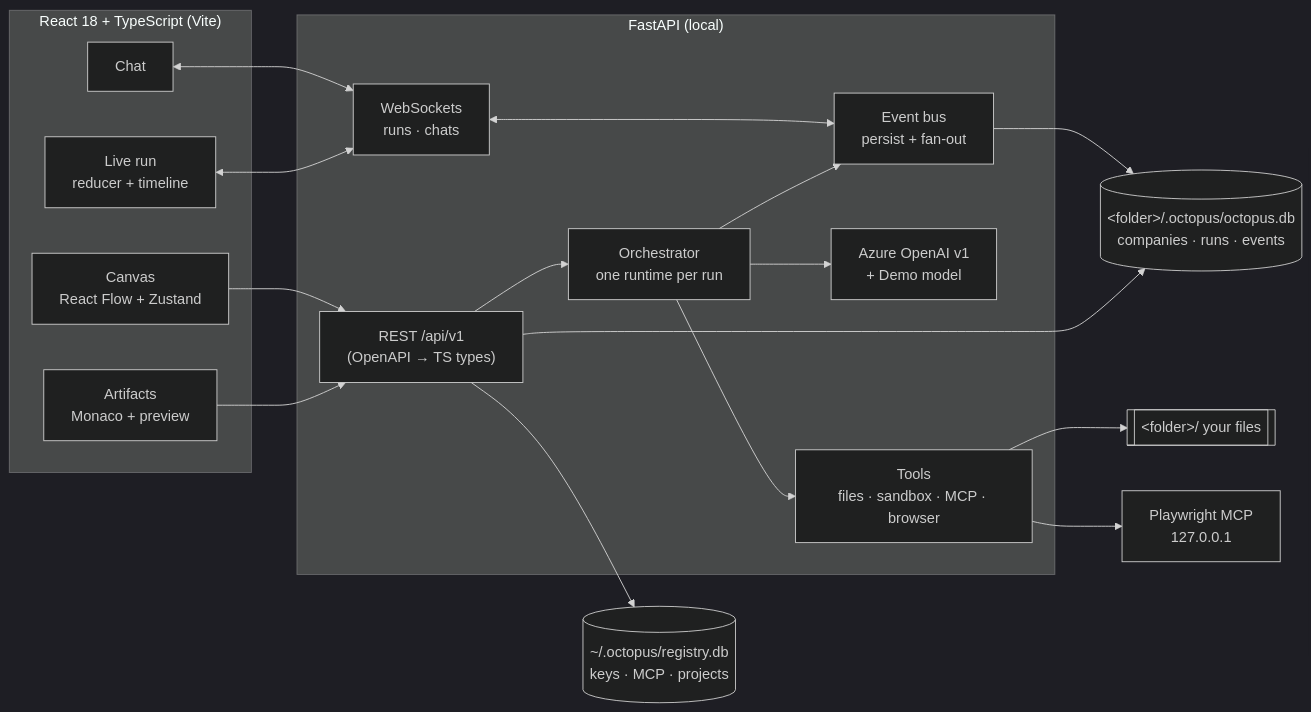
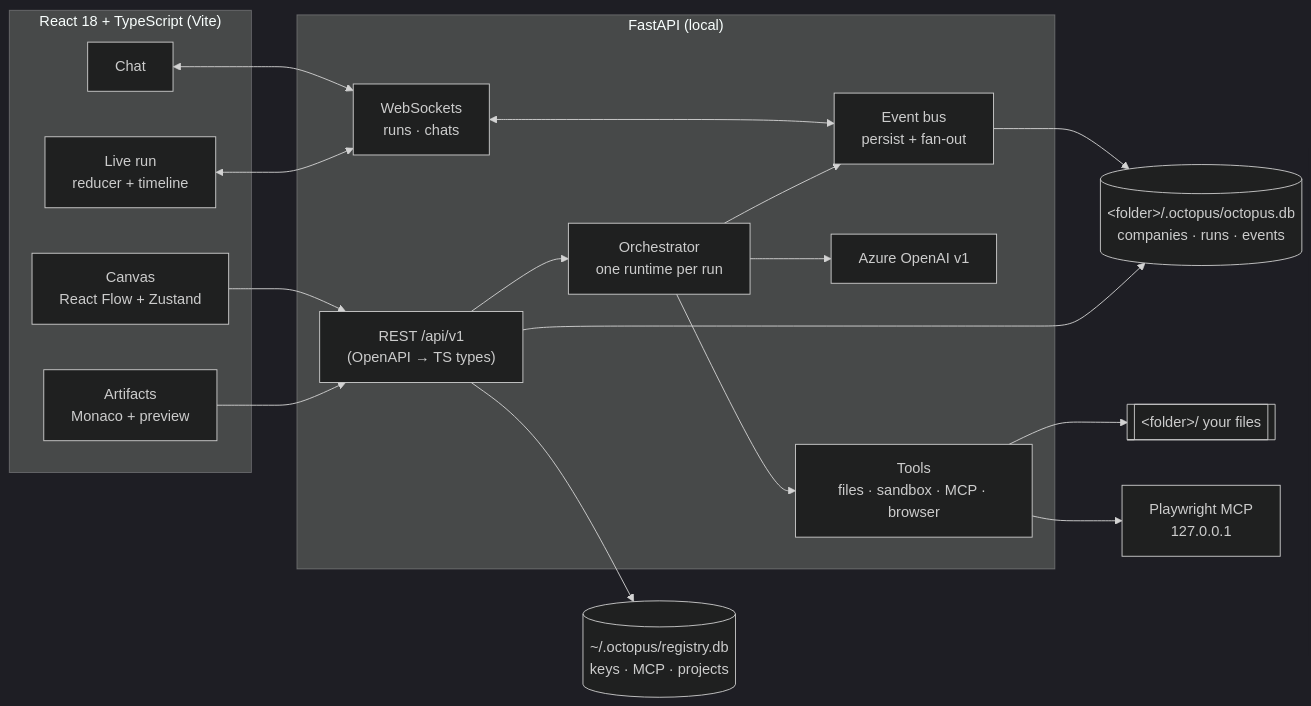
The diagram in README.md (bala2006/octopus), drawn with Mermaid (dark theme) before and after one commit. The commit also changed other lines of this file and 97 other files, not shown here.

````diff
--- a/README.md
+++ b/README.md
@@ -160,30 +154,30 @@
 ```mermaid
 flowchart LR
   subgraph Browser["React 18 + TypeScript (Vite)"]
     Canvas["Canvas<br/>React Flow + Zustand"]
     Chat["Chat"]
     Live["Live run<br/>reducer + timeline"]
     Art["Artifacts<br/>Monaco + preview"]
   end
   subgraph API["FastAPI (local)"]
     REST["REST /api/v1<br/>(OpenAPI → TS types)"]
     WS["WebSockets<br/>runs · chats"]
     ORC["Orchestrator<br/>one runtime per run"]
     BUS["Event bus<br/>persist + fan-out"]
-    LLM["Azure OpenAI v1<br/>+ Demo model"]
+    LLM["Azure OpenAI v1"]
     TOOLS["Tools<br/>files · sandbox · MCP · browser"]
   end
   PW["Playwright MCP<br/>127.0.0.1"]
   REG[("~/.octopus/registry.db<br/>keys · MCP · projects")]
   PDB[("&lt;folder&gt;/.octopus/octopus.db<br/>companies · runs · events")]
   DIR[["&lt;folder&gt;/ your files"]]
   Canvas & Art --> REST
   Chat & Live <--> WS
   REST --> ORC
   WS <--> BUS
   ORC --> BUS --> PDB
   ORC --> LLM
   ORC --> TOOLS --> DIR
   TOOLS --> PW
   REST --> REG & PDB
 ```
````
